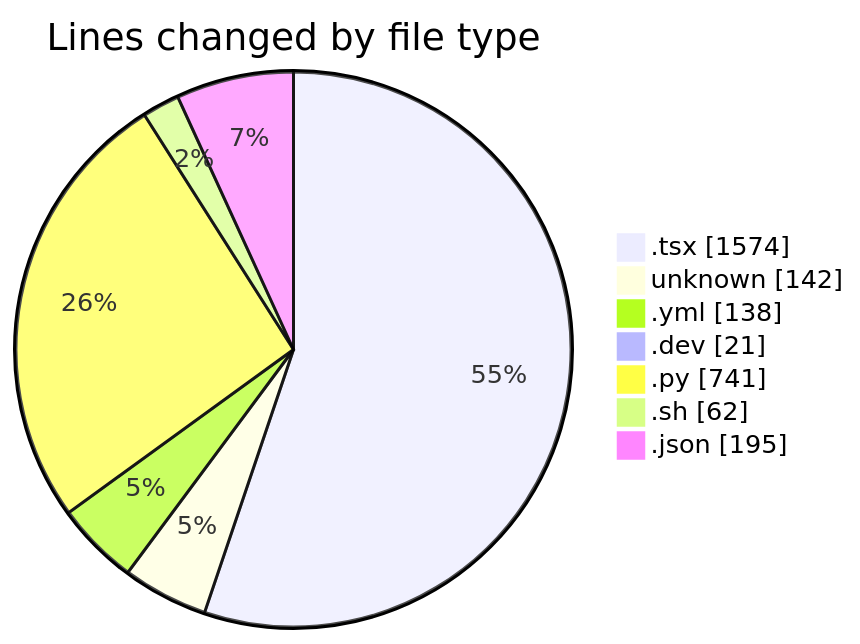
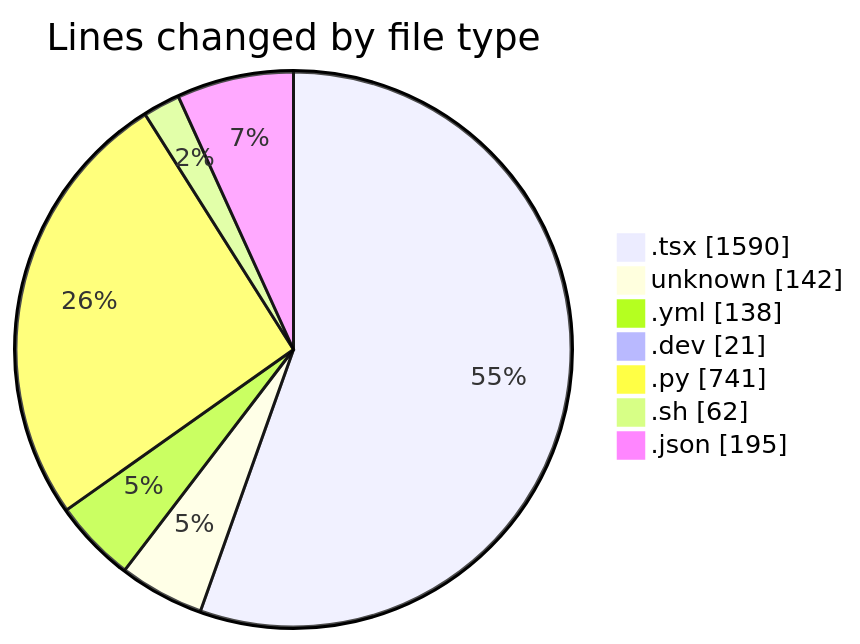
The first of 2 diagrams in 2025-05-18/niten/README.md (Elitesun/code-tracking), drawn with Mermaid before and after one commit. The commit also changed other lines of this file and 1 other file, not shown here.

````diff
--- a/2025-05-18/niten/README.md
+++ b/2025-05-18/niten/README.md
@@ -38,11 +38,11 @@
 ```mermaid
 pie showData
 title Lines changed by file type
-".tsx" : 1574
+".tsx" : 1590
 "unknown" : 142
 ".yml" : 138
 ".dev" : 21
 ".py" : 741
 ".sh" : 62
 ".json" : 195
 ```
````
